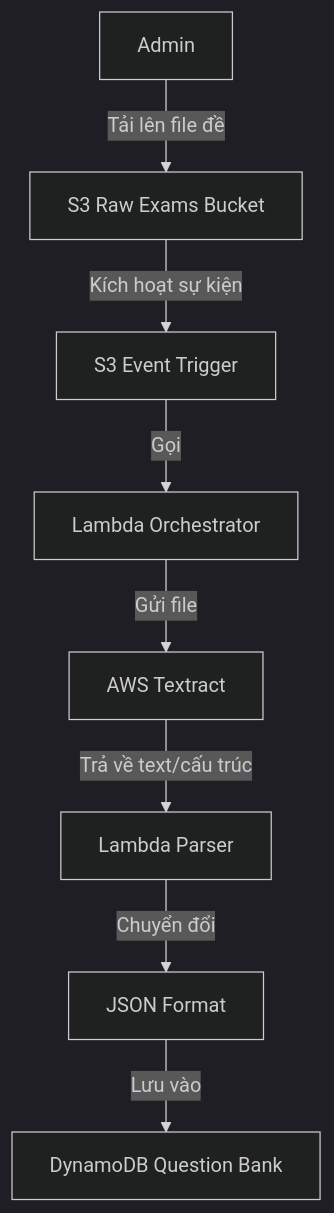
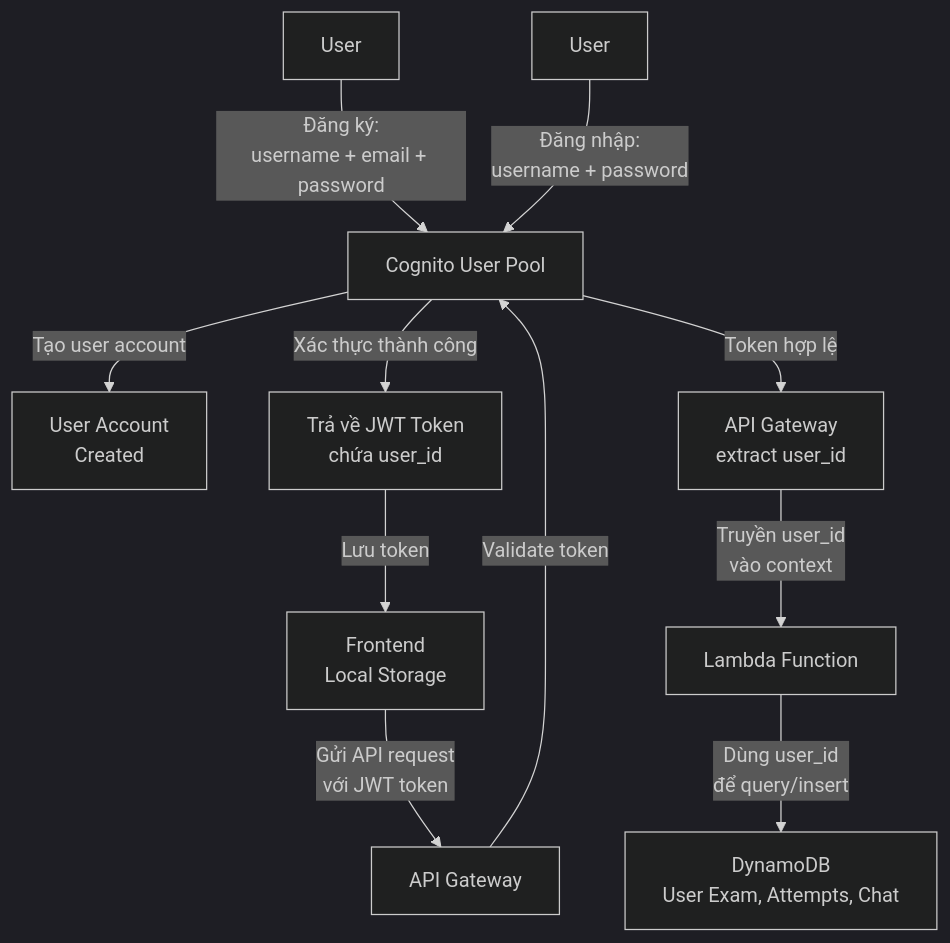
Before and after one commit to ngtuonghung/the-idea: the first of 4 diagrams in architecture.md, drawn with Mermaid (dark theme). The commit also changed other lines of this file and 1 other file, not shown here.

Commit message:
update flow for authentication and file upload

````diff
--- a/architecture.md
+++ b/architecture.md
@@ -49,10 +49,15 @@
 ```mermaid
 graph TD
-    A["Admin"] -->|Tải lên file đề| B["S3 Raw Exams Bucket"]
-    B -->|Kích hoạt sự kiện| C["S3 Event Trigger"]
-    C -->|Gọi| D["Lambda Orchestrator"]
-    D -->|Gửi file| E["AWS Textract"]
-    E -->|Trả về text/cấu trúc| F["Lambda Parser"]
-    F -->|Chuyển đổi| G["JSON Format"]
-    G -->|Lưu vào| H["DynamoDB Question Bank"]
+    A["User"] -->|Đăng ký:<br/>username + email + password| B["Cognito User Pool"]
+    B -->|Tạo user account| C["User Account<br/>Created"]
+    
+    D["User"] -->|Đăng nhập:<br/>username + password| B
+    B -->|Xác thực thành công| E["Trả về JWT Token<br/>chứa user_id"]
+    E -->|Lưu token| F["Frontend<br/>Local Storage"]
+    
+    F -->|Gửi API request<br/>với JWT token| G["API Gateway"]
+    G -->|Validate token| B
+    B -->|Token hợp lệ| H["API Gateway<br/>extract user_id"]
+    H -->|Truyền user_id<br/>vào context| I["Lambda Function"]
+    I -->|Dùng user_id<br/>để query/insert| J["DynamoDB<br/>User Exam, Attempts, Chat"]
 ```
````
